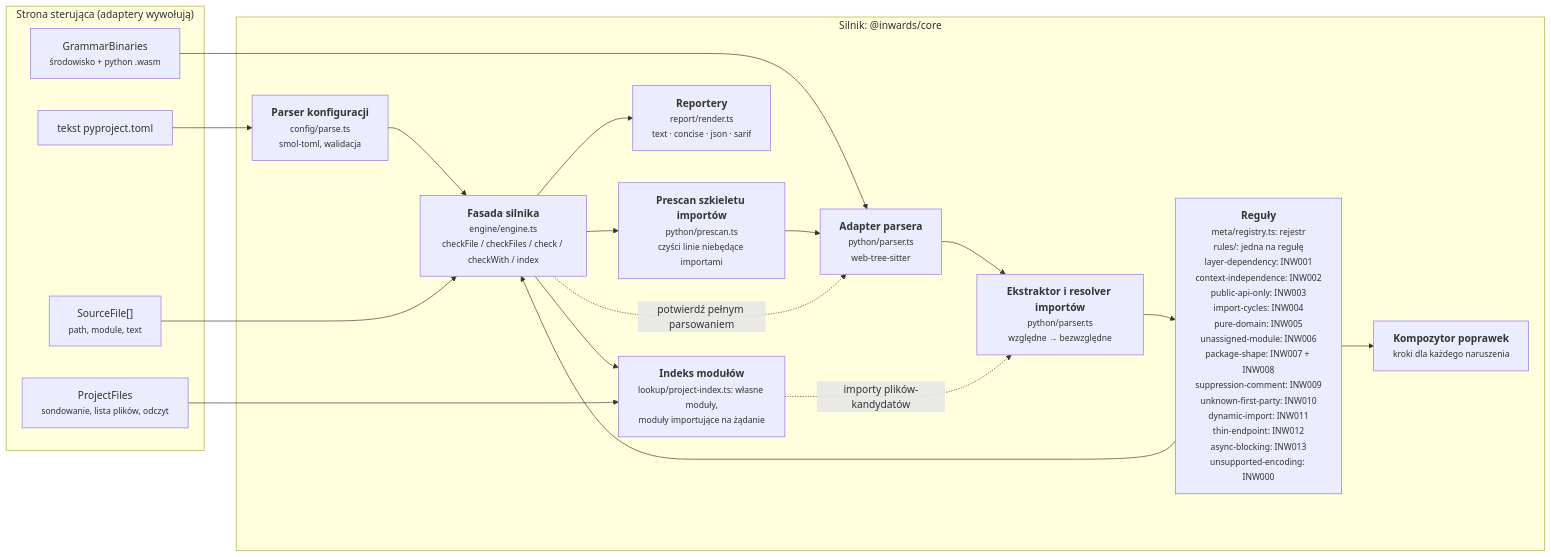
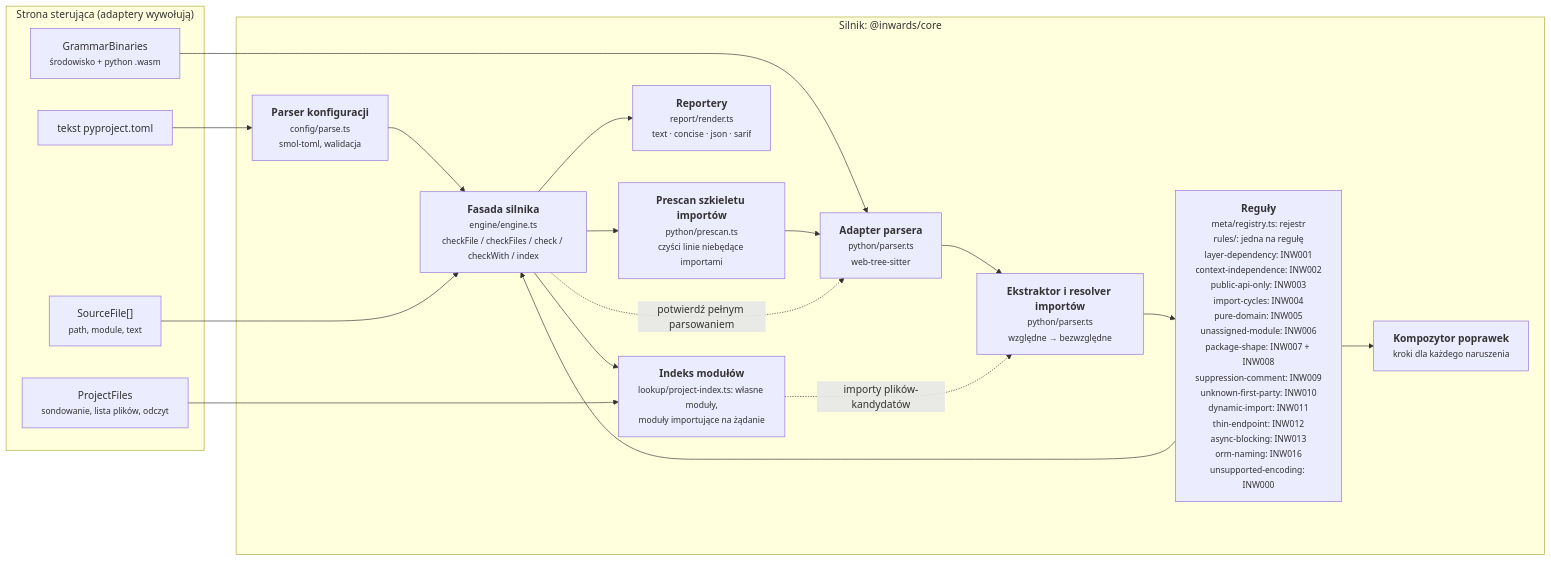
Before and after one commit to SirCypkowskyy/inwards: the third of 6 diagrams in docs/pl/03-Architecture-C4.md, drawn with Mermaid. The commit also changed other lines of this file and 32 other files, not shown here.

First line of the commit message:
feat(rules): add INW016 orm-naming for table and timestamp column names

````diff
--- a/docs/pl/03-Architecture-C4.md
+++ b/docs/pl/03-Architecture-C4.md
@@ -110,33 +110,33 @@
 ```mermaid
 flowchart LR
     subgraph driving["Strona sterująca (adaptery wywołują)"]
         files["SourceFile[]<br/><small>path, module, text</small>"]
         cfgtext["tekst pyproject.toml"]
         wasm["GrammarBinaries<br/><small>środowisko + python .wasm</small>"]
         pfiles["ProjectFiles<br/><small>sondowanie, lista plików, odczyt</small>"]
     end
 
     subgraph enginebox["Silnik: @inwards/core"]
         config["<b>Parser konfiguracji</b><br/><small>config/parse.ts<br/>smol-toml, walidacja</small>"]
         pre["<b>Prescan szkieletu importów</b><br/><small>python/prescan.ts<br/>czyści linie niebędące importami</small>"]
         parser["<b>Adapter parsera</b><br/><small>python/parser.ts<br/>web-tree-sitter</small>"]
         extract["<b>Ekstraktor i resolver importów</b><br/><small>python/parser.ts<br/>względne → bezwzględne</small>"]
-        rules["<b>Reguły</b><br/><small>meta/registry.ts: rejestr<br/>rules/: jedna na regułę<br/>layer-dependency: INW001<br/>context-independence: INW002<br/>public-api-only: INW003<br/>import-cycles: INW004<br/>pure-domain: INW005<br/>unassigned-module: INW006<br/>package-shape: INW007 + INW008<br/>suppression-comment: INW009<br/>unknown-first-party: INW010<br/>dynamic-import: INW011<br/>thin-endpoint: INW012<br/>async-blocking: INW013<br/>unsupported-encoding: INW000</small>"]
+        rules["<b>Reguły</b><br/><small>meta/registry.ts: rejestr<br/>rules/: jedna na regułę<br/>layer-dependency: INW001<br/>context-independence: INW002<br/>public-api-only: INW003<br/>import-cycles: INW004<br/>pure-domain: INW005<br/>unassigned-module: INW006<br/>package-shape: INW007 + INW008<br/>suppression-comment: INW009<br/>unknown-first-party: INW010<br/>dynamic-import: INW011<br/>thin-endpoint: INW012<br/>async-blocking: INW013<br/>orm-naming: INW016<br/>unsupported-encoding: INW000</small>"]
         fix["<b>Kompozytor poprawek</b><br/><small>kroki dla każdego naruszenia</small>"]
         report["<b>Reportery</b><br/><small>report/render.ts<br/>text · concise · json · sarif</small>"]
         engine["<b>Fasada silnika</b><br/><small>engine/engine.ts<br/>checkFile / checkFiles / check / checkWith / index</small>"]
         modgraph["<b>Indeks modułów</b><br/><small>lookup/project-index.ts: własne moduły,<br/>moduły importujące na żądanie</small>"]
     end
 
     cfgtext --> config --> engine
     wasm --> parser
     files --> engine
     engine --> pre --> parser --> extract --> rules
     rules --> fix
     rules --> engine
     engine -. "potwierdź pełnym parsowaniem" .-> parser
     engine --> modgraph
     pfiles --> modgraph
     modgraph -. "importy plików-kandydatów" .-> extract
     engine --> report
 ```
````
